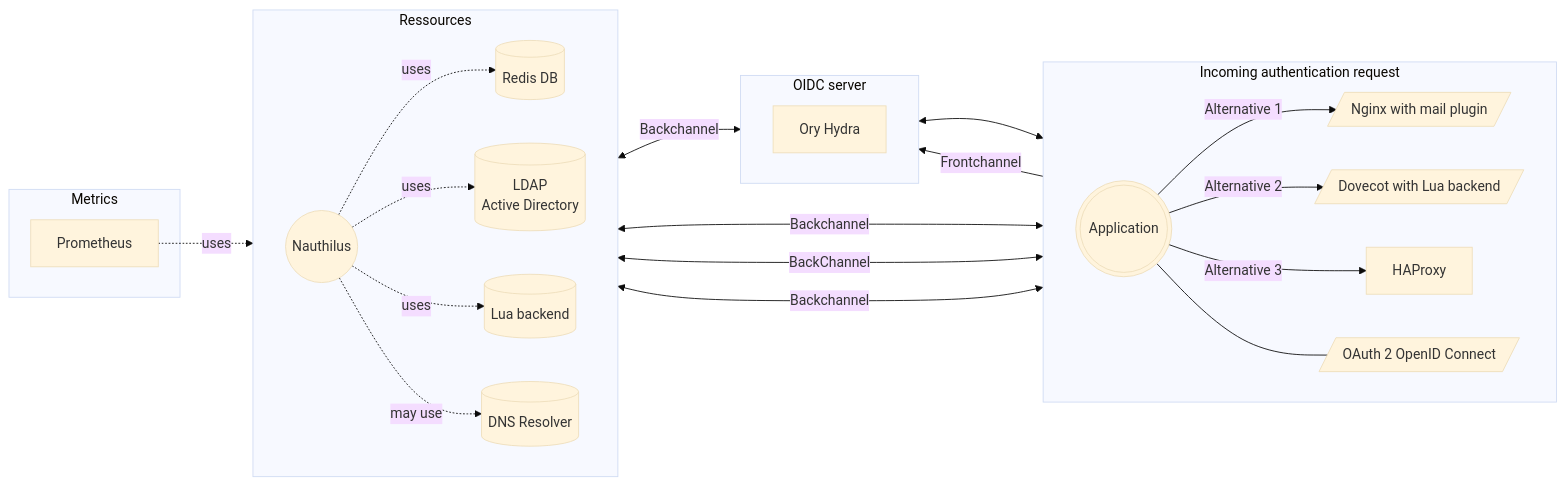
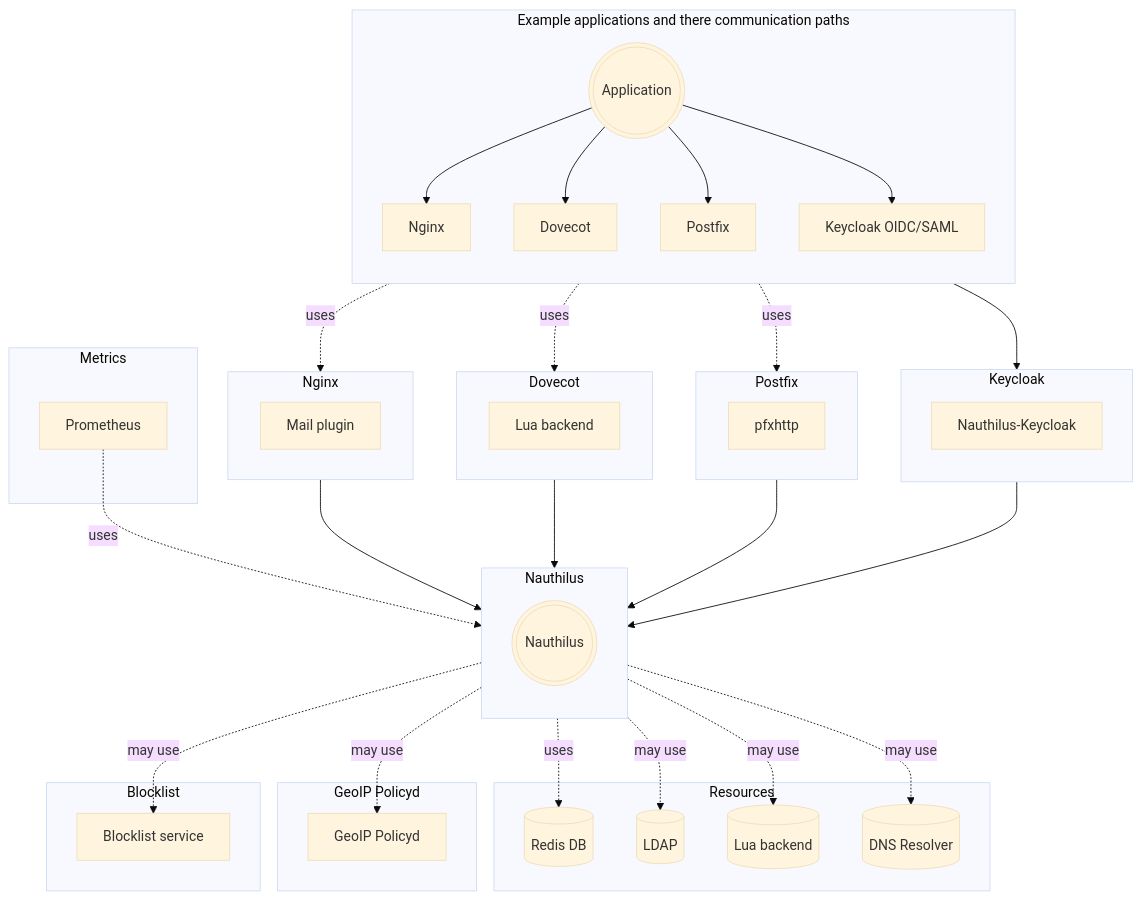
One commit to croessner/nauthilus-website changed the diagram in docs/about/overview.md. Above: the diagram before and after it, drawn with Mermaid (base theme). The commit also changed other lines of this file and 1 other file, not shown here.

Commit message:
Revise Lua API docs and update workspace configuration
Enhanced the "Soft Whitelist" Lua API documentation for better readability and updated `.idea/workspace.xml` to reflect configuration changes and task summaries. Introduced an improved Mermaid diagram showcasing application communication paths in `overview.md` and added a TOC for easier navigation. These updates improve clarity, maintainability, and usability across the documentation and workspace setup.

````diff
--- a/docs/about/overview.md
+++ b/docs/about/overview.md
@@ -16,29 +24,59 @@
 ```mermaid
-flowchart LR
-    subgraph Incoming authentication request
-        direction LR
-        app(((Application))) -->|Alternative 1| ngx[/Nginx with mail plugin/]
-        app -->|Alternative 2| dcot[/Dovecot with Lua backend/]
-        app -->|Alternative 3| lbr[HAProxy]
-        app --- oidc[/OAuth 2 OpenID Connect/]
+flowchart TB
+    subgraph Example applications and there communication paths
+        direction TB
+        app(((Application))) --> ngx
+        app --> dcot
+        app --> postfix
+        app --> keycloak
     end
-    subgraph OIDC server
-        direction LR
-        oidc -->|Frontchannel| ory
-        ory <--> lbr
+
+    subgraph Nauthilus
+        direction TB
+        as(((Nauthilus)))
     end
-    subgraph Ressources
-        direction LR
-        as((Nauthilus)) <-->|Backchannel| ory[Ory Hydra]
+
+
+    subgraph Keycloak
+        direction TB
+        keycloak[Keycloak OIDC/SAML] --> nauthiluskeycloak[Nauthilus-Keycloak] 
+        nauthiluskeycloak --> as
+    end
+
+    subgraph Resources
         as -. uses .-> redis[(Redis DB)]
-        as -. uses .-> ldap[(LDAP<br/>Active Directory)]
-        as -. uses .-> lua[(Lua backend)]
+        as -. may use .-> ldap[(LDAP)]
+        as -. may use .-> lua[(Lua backend)]
         as -. may use .-> dns[(DNS Resolver)]
-        ngx <-->|Backchannel| as
-        dcot <-->|BackChannel| as
-        lbr <-->|Backchannel| as
     end
+
     subgraph Metrics
         prom[Prometheus] -. uses .-> as
     end
+
+    subgraph Postfix
+        direction LR
+        postfix[Postfix] -. uses .-> pfxhttp
+        pfxhttp --> as
+    end
+
+    subgraph Dovecot
+        direction LR
+        dcot[Dovecot] -. uses .-> luabackend[Lua backend]
+        luabackend --> as
+    end
+
+    subgraph Nginx
+        direction LR
+        ngx[Nginx] -. uses .-> ngxmailplugin[Mail plugin]
+        ngxmailplugin --> as
+    end
+
+    subgraph GeoIP Policyd
+        as -. may use .-> geopol[GeoIP Policyd]
+    end
+
+    subgraph Blocklist
+        as -. may use .-> blocklist[Blocklist service]
+    end
 ```
````
